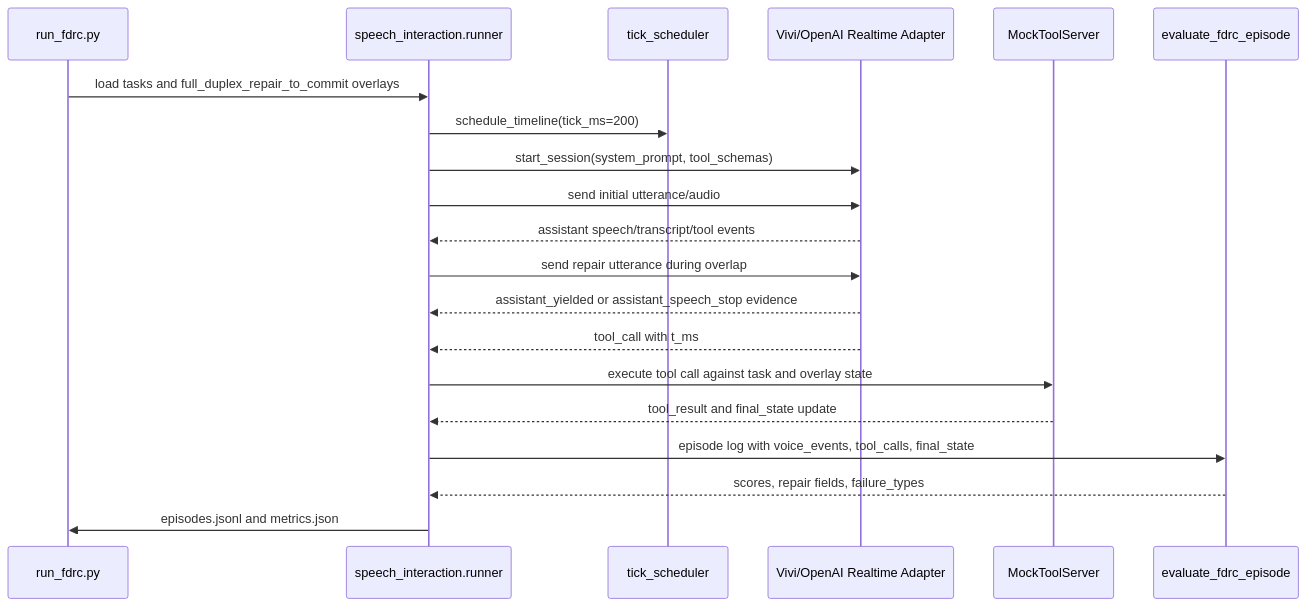
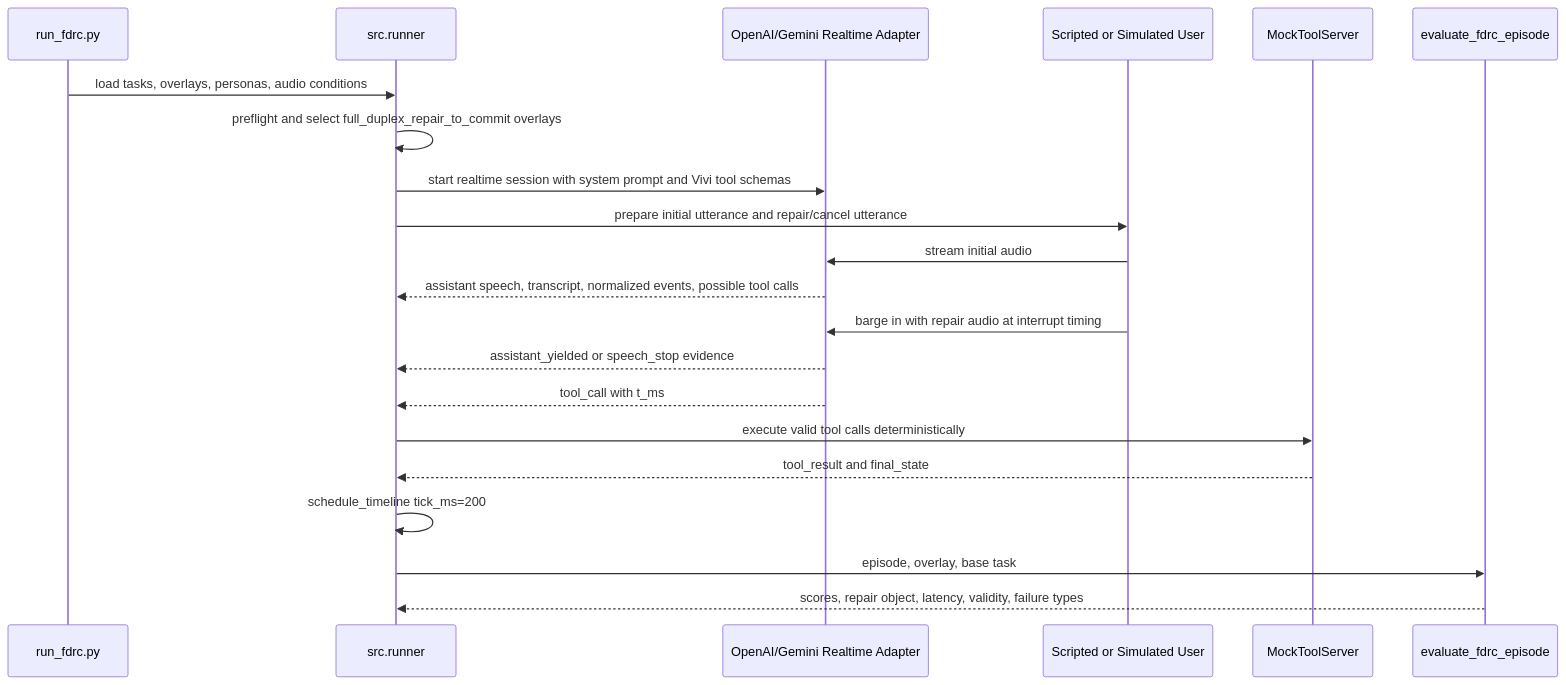
The fourth of 7 diagrams in docs/FLOW.md (VInteractiveBench/voice-bench), drawn with Mermaid before and after one commit. The commit also changed other lines of this file, not shown here.

Commit message:
Update benchmark flow documentation

````diff
--- a/docs/FLOW.md
+++ b/docs/FLOW.md
@@ -143,23 +169,24 @@
 ```mermaid
 sequenceDiagram
     participant CLI as run_fdrc.py
-    participant Runner as speech_interaction.runner
-    participant Scheduler as tick_scheduler
-    participant Agent as Vivi/OpenAI Realtime Adapter
+    participant Runner as src.runner
+    participant Adapter as OpenAI/Gemini Realtime Adapter
+    participant User as Scripted or Simulated User
     participant Tools as MockToolServer
     participant Eval as evaluate_fdrc_episode
 
-    CLI->>Runner: load tasks and full_duplex_repair_to_commit overlays
-    Runner->>Scheduler: schedule_timeline(tick_ms=200)
-    Runner->>Agent: start_session(system_prompt, tool_schemas)
-    Runner->>Agent: send initial utterance/audio
-    Agent-->>Runner: assistant speech/transcript/tool events
-    Runner->>Agent: send repair utterance during overlap
-    Agent-->>Runner: assistant_yielded or assistant_speech_stop evidence
-    Agent-->>Runner: tool_call with t_ms
-    Runner->>Tools: execute tool call against task and overlay state
-    Tools-->>Runner: tool_result and final_state update
-    Runner->>Eval: episode log with voice_events, tool_calls, final_state
-    Eval-->>Runner: scores, repair fields, failure_types
-    Runner->>CLI: episodes.jsonl and metrics.json
+    CLI->>Runner: load tasks, overlays, personas, audio conditions
+    Runner->>Runner: preflight and select full_duplex_repair_to_commit overlays
+    Runner->>Adapter: start realtime session with system prompt and Vivi tool schemas
+    Runner->>User: prepare initial utterance and repair/cancel utterance
+    User->>Adapter: stream initial audio
+    Adapter-->>Runner: assistant speech, transcript, normalized events, possible tool calls
+    User->>Adapter: barge in with repair audio at interrupt timing
+    Adapter-->>Runner: assistant_yielded or speech_stop evidence
+    Adapter-->>Runner: tool_call with t_ms
+    Runner->>Tools: execute valid tool calls deterministically
+    Tools-->>Runner: tool_result and final_state
+    Runner->>Runner: schedule_timeline tick_ms=200
+    Runner->>Eval: episode, overlay, base task
+    Eval-->>Runner: scores, repair object, latency, validity, failure types
 ```
````
